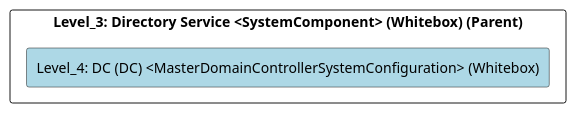
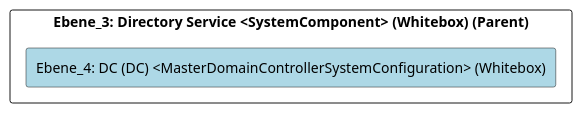
Before and after one commit to marcozwyssig/cleon: the diagram in src/cleon.architecturemethods.arc42.sample/doc/cleon_architecturemethods_arc42_sample_system/adoc/de/05_bausteinsicht/ikt/application/directory_service/dc/ebene_4_dc.adoc, drawn with PlantUML. The commit also changed other lines of this file and 214 other files, not shown here.

```diff
--- a/src/cleon.architecturemethods.arc42.sample/doc/cleon_architecturemethods_arc42_sample_system/adoc/de/05_bausteinsicht/ikt/application/directory_service/dc/ebene_4_dc.adoc
+++ b/src/cleon.architecturemethods.arc42.sample/doc/cleon_architecturemethods_arc42_sample_system/adoc/de/05_bausteinsicht/ikt/application/directory_service/dc/ebene_4_dc.adoc
@@ -24,24 +24,24 @@
-[plantuml, Level_4: DC (DC) <MasterDomainControllerSystemConfiguration> (Whitebox)BlockOverview, format="svg"]
+[plantuml, Ebene_4: DC (DC) <MasterDomainControllerSystemConfiguration> (Whitebox)BlockOverview, format="svg"]
 ----
-@startuml Level_4: DC (DC) <MasterDomainControllerSystemConfiguration> (Whitebox)BuildingBlockOverview
+@startuml Ebene_4: DC (DC) <MasterDomainControllerSystemConfiguration> (Whitebox)BuildingBlockOverview
 
 skinparam ranksep 10
 skinparam componentStyle rectangle
 skinparam shadowing false
 skinparam arrowColor lightblue
 skinparam arrowThickness 1.2
 skinparam rectangle {
   BackgroundColor White
   BorderColor #333
   RoundCorner 10
 }
 top to bottom direction
 
-component "Level_3: Directory Service <SystemComponent> (Whitebox) (Parent)" {
-    component "Level_4: DC (DC) <MasterDomainControllerSystemConfiguration> (Whitebox)" #lightblue {
+component "Ebene_3: Directory Service <SystemComponent> (Whitebox) (Parent)" {
+    component "Ebene_4: DC (DC) <MasterDomainControllerSystemConfiguration> (Whitebox)" #lightblue {
     }
 
 }
 
 @enduml
 ----
```
